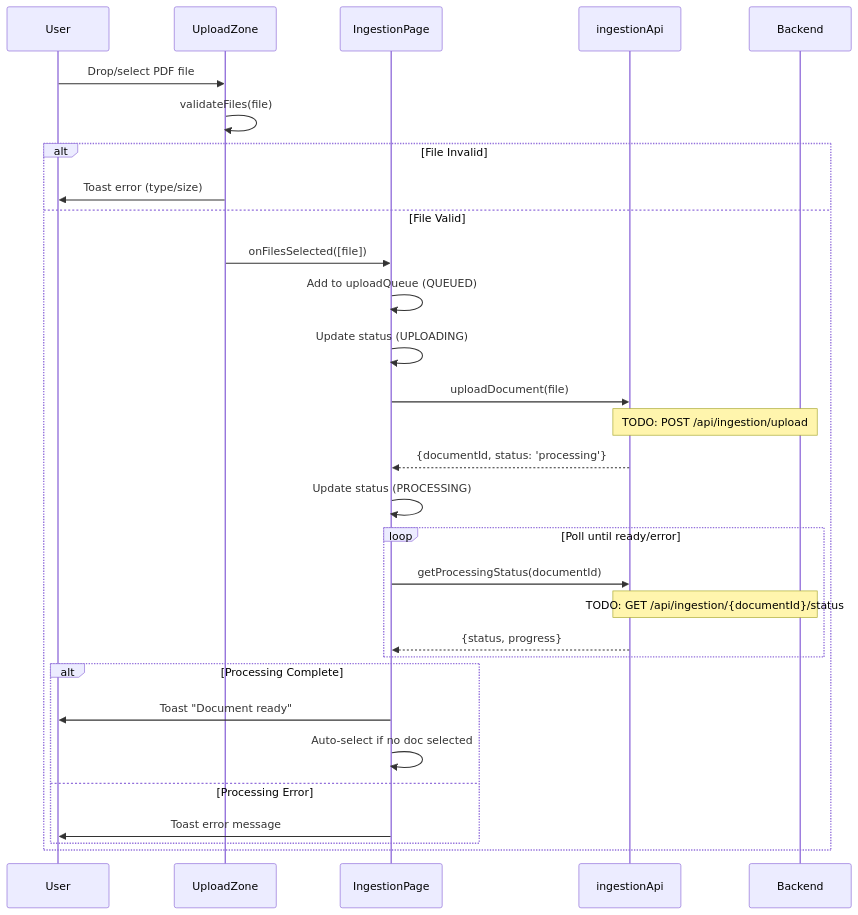
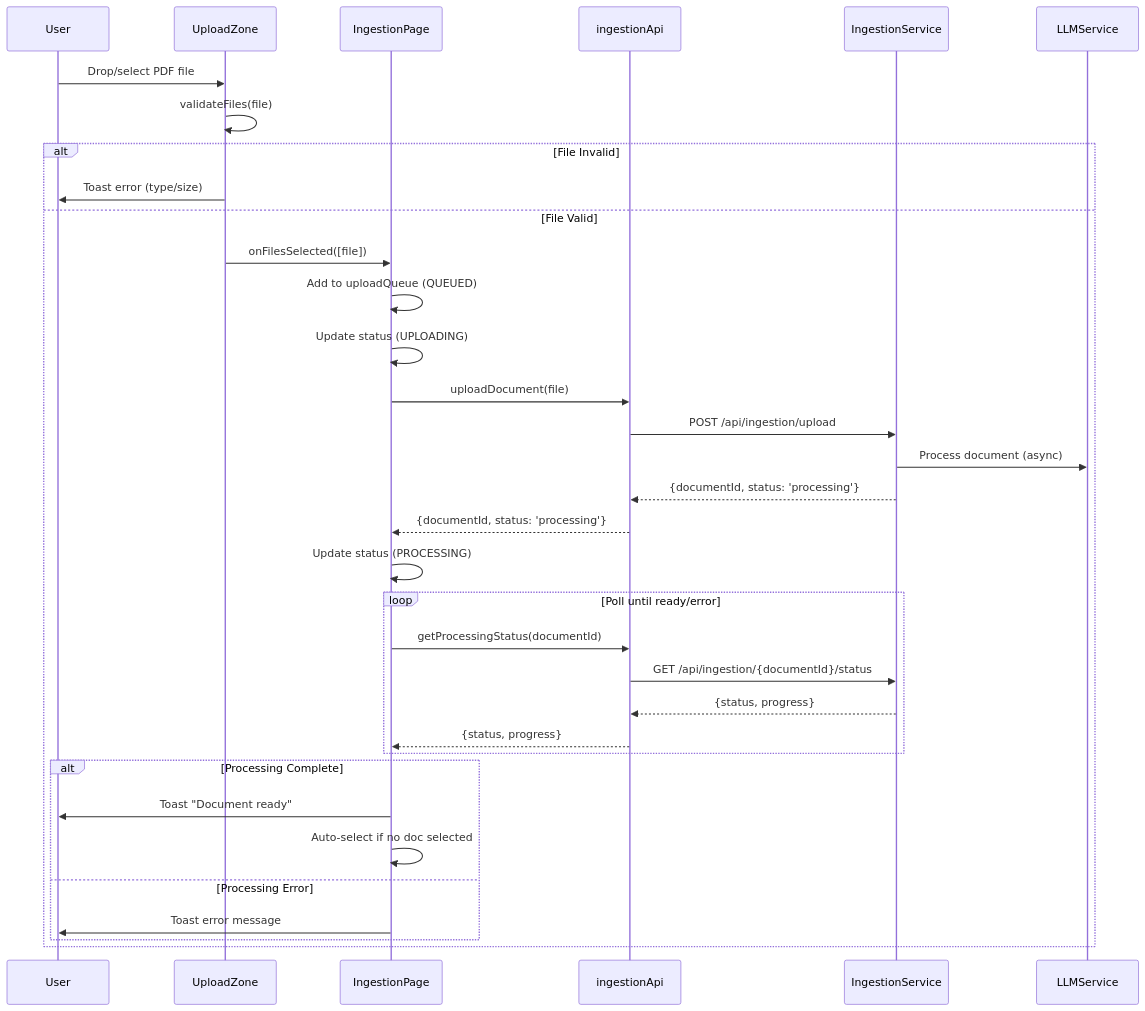
One commit to nabilbenjemia/atoss-chatbot changed the first of 8 diagrams in doc/FEATURE_INGESTION_PAGE.md. Above: the diagram before and after it, drawn with Mermaid. The commit also changed other lines of this file and 17 other files, not shown here.

First line of the commit message:
feat(ingestion): initialize ingestion service with routes, services, and configuration

````diff
--- a/doc/FEATURE_INGESTION_PAGE.md
+++ b/doc/FEATURE_INGESTION_PAGE.md
@@ -61,38 +68,40 @@
 ```mermaid
 sequenceDiagram
     participant User
     participant UploadZone
     participant IngestionPage
     participant ingestionApi
-    participant Backend
+    participant IngestionService
+    participant LLMService
 
     User->>UploadZone: Drop/select PDF file
     UploadZone->>UploadZone: validateFiles(file)
     
     alt File Invalid
         UploadZone->>User: Toast error (type/size)
     else File Valid
         UploadZone->>IngestionPage: onFilesSelected([file])
         IngestionPage->>IngestionPage: Add to uploadQueue (QUEUED)
         IngestionPage->>IngestionPage: Update status (UPLOADING)
         IngestionPage->>ingestionApi: uploadDocument(file)
-        
-        Note over ingestionApi,Backend: TODO: POST /api/ingestion/upload
-        
+        ingestionApi->>IngestionService: POST /api/ingestion/upload
+        IngestionService->>LLMService: Process document (async)
+        IngestionService-->>ingestionApi: {documentId, status: 'processing'}
         ingestionApi-->>IngestionPage: {documentId, status: 'processing'}
         IngestionPage->>IngestionPage: Update status (PROCESSING)
         
         loop Poll until ready/error
             IngestionPage->>ingestionApi: getProcessingStatus(documentId)
-            Note over ingestionApi,Backend: TODO: GET /api/ingestion/{documentId}/status
+            ingestionApi->>IngestionService: GET /api/ingestion/{documentId}/status
+            IngestionService-->>ingestionApi: {status, progress}
             ingestionApi-->>IngestionPage: {status, progress}
         end
         
         alt Processing Complete
             IngestionPage->>User: Toast "Document ready"
             IngestionPage->>IngestionPage: Auto-select if no doc selected
         else Processing Error
             IngestionPage->>User: Toast error message
         end
     end
 ```
````
